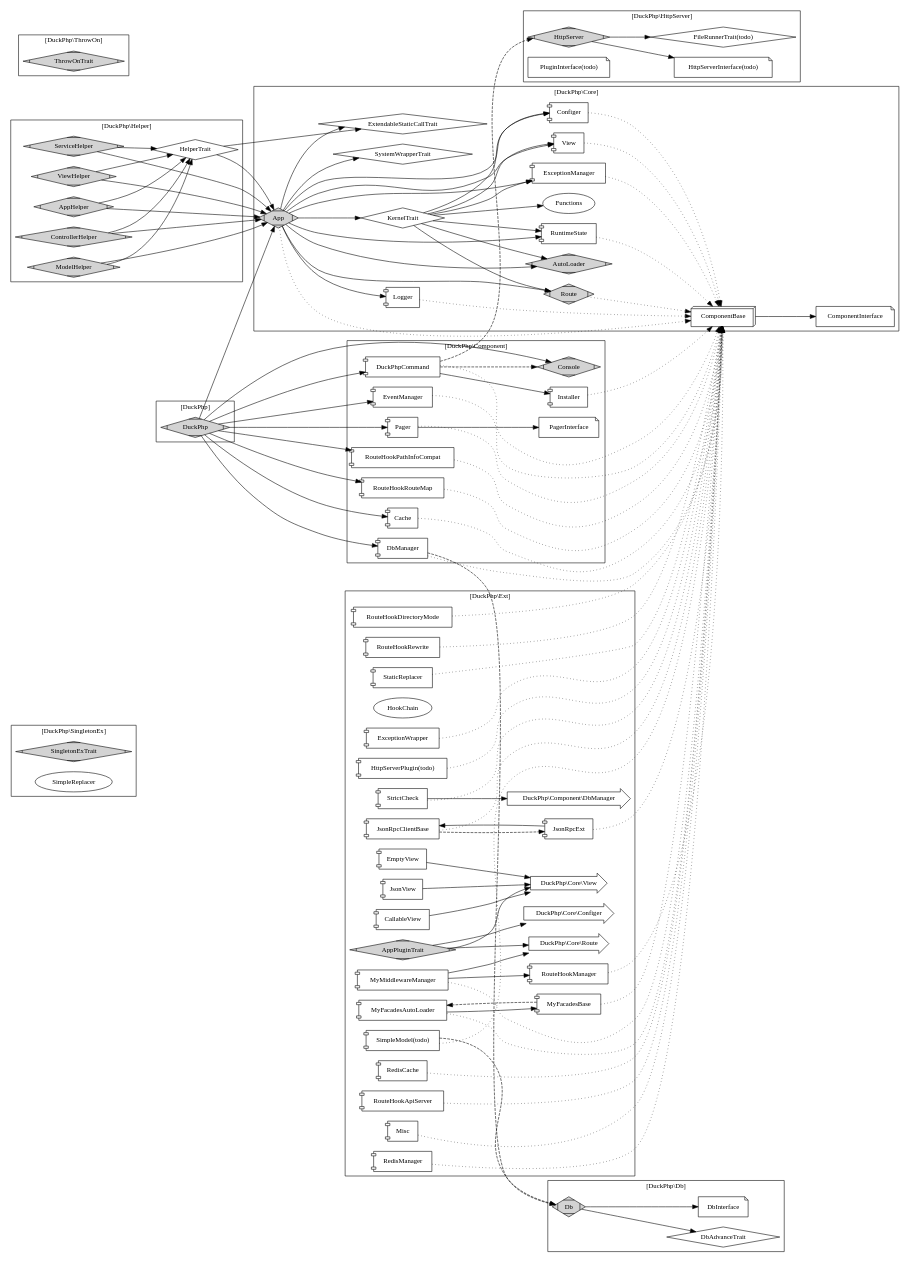
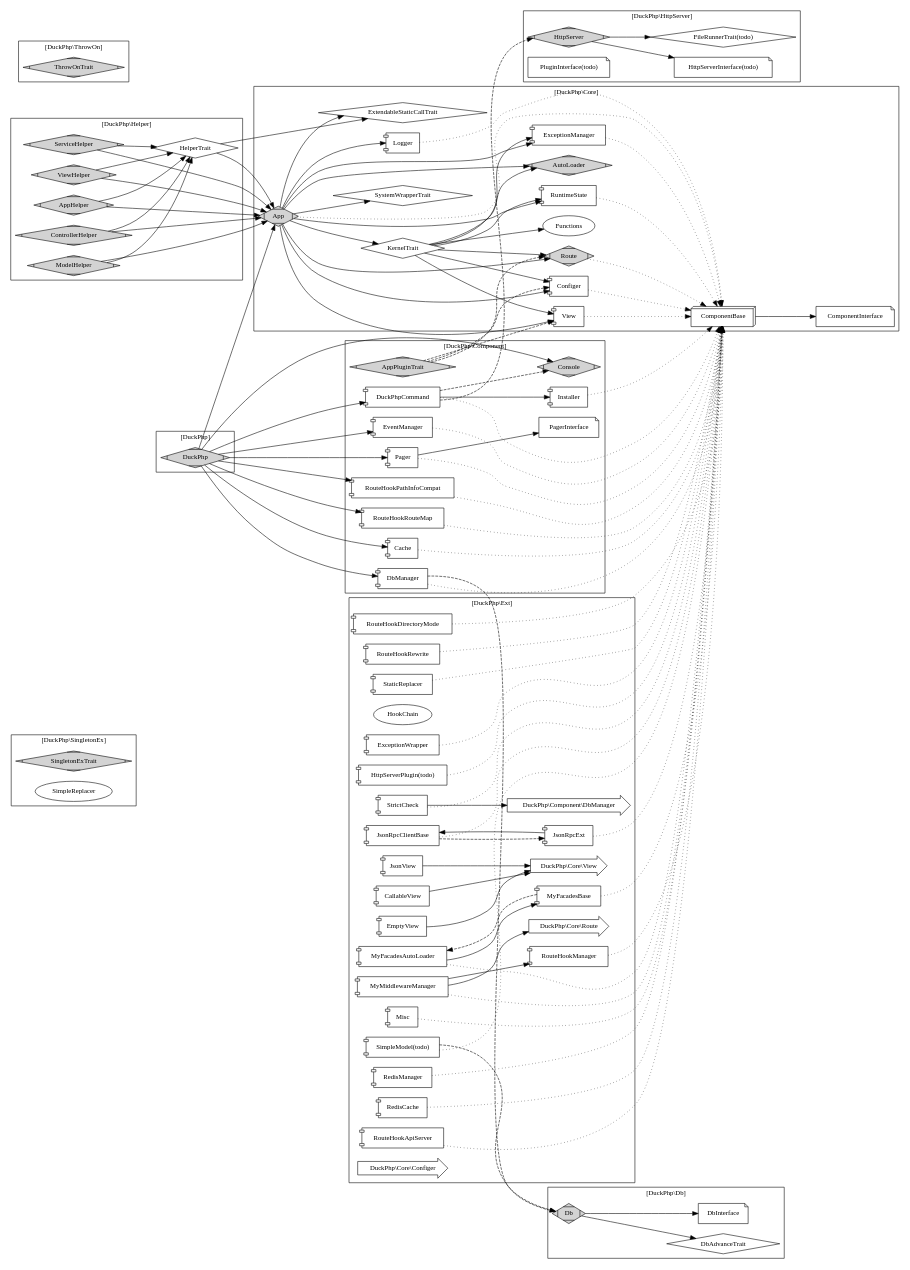
The diagram in docs/duckphp.gv (dvaknheo/duckphp), drawn with Graphviz before and after one commit. The commit also changed 10 other files, not shown here.

Commit message:
把 AppPluginTrait 从 Ext 移动到 Component

```diff
--- a/docs/duckphp.gv
+++ b/docs/duckphp.gv
@@ -116,6 +116,7 @@
 subgraph cluster_Component {
 
     label = "[DuckPhp\\Component]";
+    AppPluginTrait [shape=Mdiamond;style=filled];
 
     Cache[shape="component"];
     Console[shape=Mdiamond;style=filled];
@@ -127,6 +128,11 @@
     PagerInterface [shape=note];
     RouteHookPathInfoCompat[shape="component"];
     RouteHookRouteMap[shape="component"];
+    
+    AppPluginTrait -> Configer [style="dashed"]; 
+    AppPluginTrait -> View [style="dashed"]; 
+    AppPluginTrait -> Route [style="dashed"]; 
+    
     Cache -> ComponentBase [style="dotted"];
     DuckPhpCommand -> ComponentBase [style="dotted"];
     DbManager -> ComponentBase [style="dotted"];
@@ -136,6 +142,8 @@
     RouteHookPathInfoCompat -> ComponentBase [style="dotted"];
     RouteHookRouteMap -> ComponentBase [style="dotted"];
 
+
+    
     /*Console -> DuckPhpCommand [style="invis"]; */
     DuckPhpCommand -> Console [style="dashed"]; 
     DuckPhpCommand -> Installer; 
@@ -234,10 +242,7 @@
     SimpleModel ->Db_Db [style="dashed"];
     StrictCheck -> X_DbManager[style="solid"];
     
-    AppPluginTrait [shape=Mdiamond;style=filled];
-    AppPluginTrait -> X_Core_Configer;
-    AppPluginTrait -> X_Core_View;
-    AppPluginTrait -> X_Core_Route;
+
 
 
 }
```
